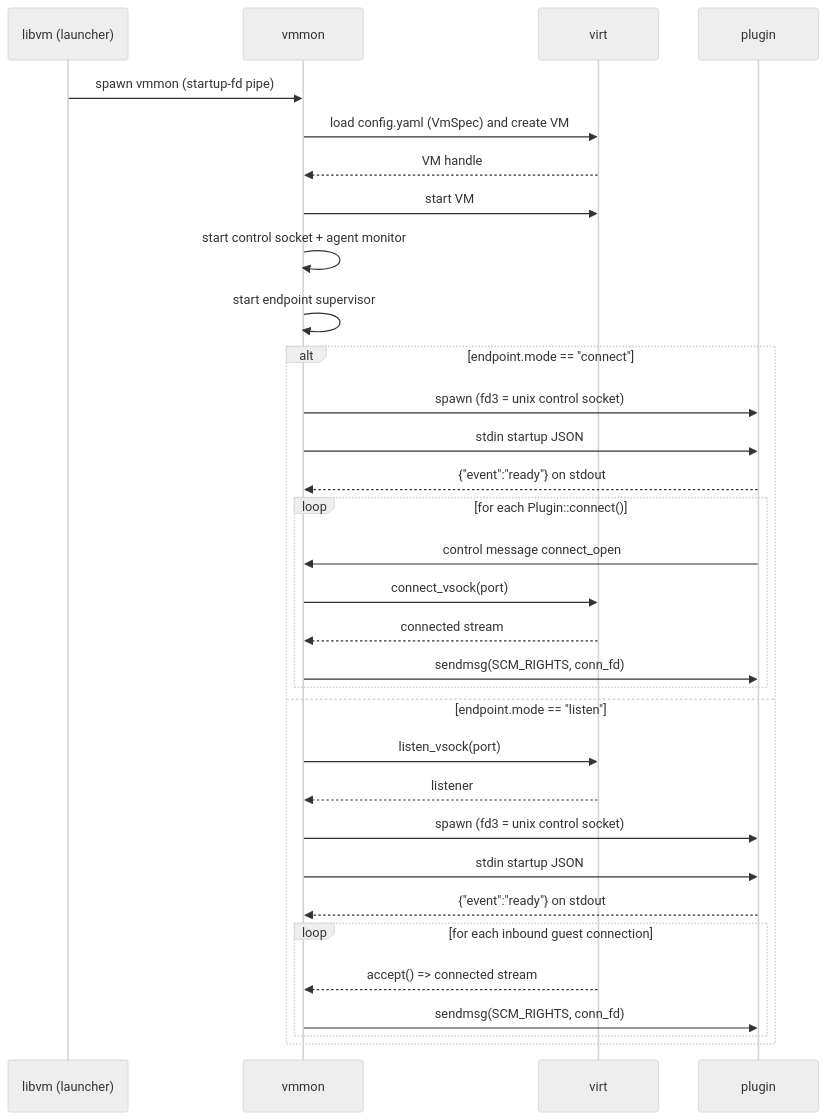
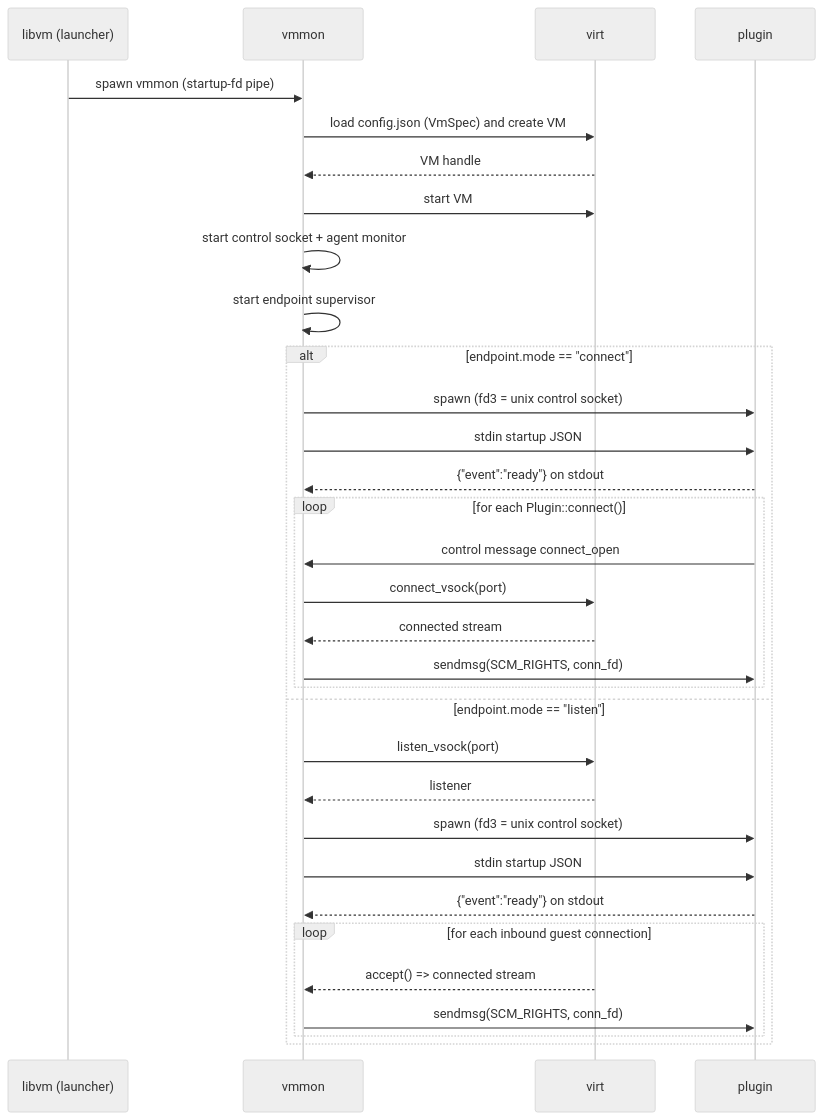
The first of 2 diagrams in docs/adr/0005-vmmon-vsock-endpoint-plugins.md (vandycknick/silo), drawn with Mermaid (neutral theme) before and after one commit. The commit also changed other lines of this file and 70 other files, not shown here.

````diff
--- a/docs/adr/0005-vmmon-vsock-endpoint-plugins.md
+++ b/docs/adr/0005-vmmon-vsock-endpoint-plugins.md
@@ -98,36 +98,36 @@
 ```mermaid
 sequenceDiagram
   participant libvm as libvm (launcher)
   participant vmmon as vmmon
   participant virt as virt
   participant plugin as plugin
 
   libvm->>vmmon: spawn vmmon (startup-fd pipe)
-  vmmon->>virt: load config.yaml (VmSpec) and create VM
+  vmmon->>virt: load config.json (VmSpec) and create VM
   virt-->>vmmon: VM handle
   vmmon->>virt: start VM
   vmmon->>vmmon: start control socket + agent monitor
   vmmon->>vmmon: start endpoint supervisor
 
   alt endpoint.mode == "connect"
     vmmon->>plugin: spawn (fd3 = unix control socket)
     vmmon->>plugin: stdin startup JSON
     plugin-->>vmmon: {"event":"ready"} on stdout
     loop for each Plugin::connect()
       plugin->>vmmon: control message connect_open
       vmmon->>virt: connect_vsock(port)
       virt-->>vmmon: connected stream
       vmmon->>plugin: sendmsg(SCM_RIGHTS, conn_fd)
     end
   else endpoint.mode == "listen"
     vmmon->>virt: listen_vsock(port)
     virt-->>vmmon: listener
     vmmon->>plugin: spawn (fd3 = unix control socket)
     vmmon->>plugin: stdin startup JSON
     plugin-->>vmmon: {"event":"ready"} on stdout
     loop for each inbound guest connection
       virt-->>vmmon: accept() => connected stream
       vmmon->>plugin: sendmsg(SCM_RIGHTS, conn_fd)
     end
   end
 ```
````
